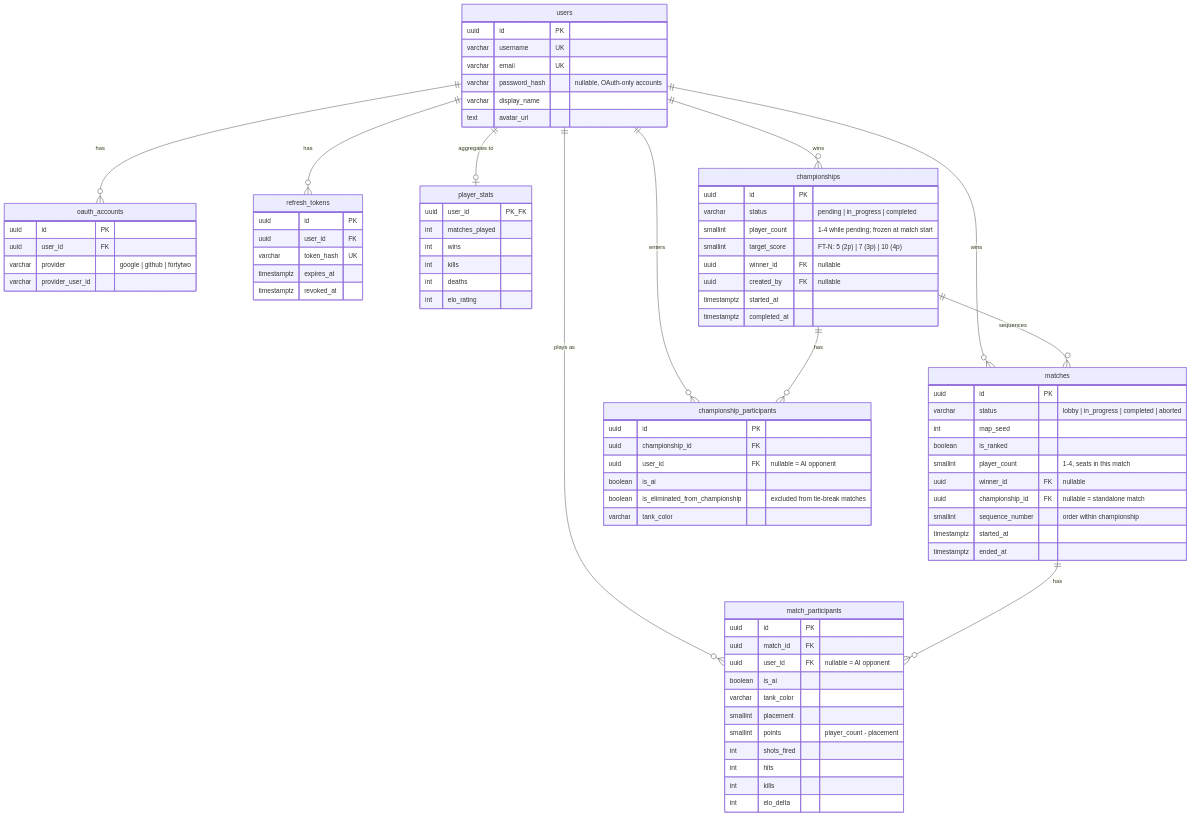
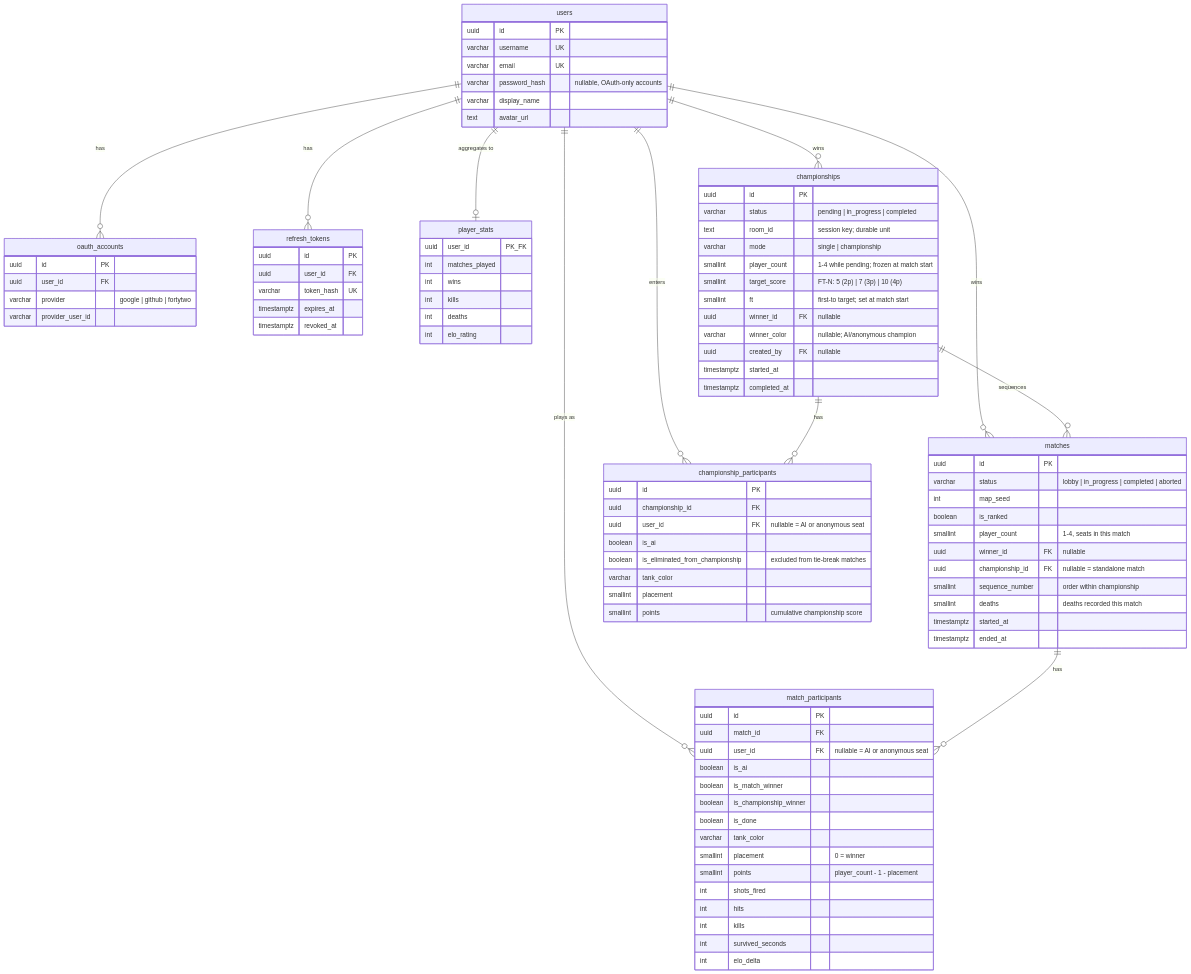
Before and after one commit to hebaja/tank_it: the diagram in docs/database-schema.md, drawn with Mermaid. The commit also changed other lines of this file and 7 other files, not shown here.

```diff
--- a/docs/database-schema.md
+++ b/docs/database-schema.md
@@ -53,9 +53,13 @@
     championships {
         uuid id PK
         varchar status "pending | in_progress | completed"
+        text room_id "session key; durable unit"
+        varchar mode "single | championship"
         smallint player_count "1-4 while pending; frozen at match start"
         smallint target_score "FT-N: 5 (2p) | 7 (3p) | 10 (4p)"
+        smallint ft "first-to target; set at match start"
         uuid winner_id FK "nullable"
+        varchar winner_color "nullable; AI/anonymous champion"
         uuid created_by FK "nullable"
         timestamptz started_at
         timestamptz completed_at
@@ -63,10 +67,12 @@
     championship_participants {
         uuid id PK
         uuid championship_id FK
-        uuid user_id FK "nullable = AI opponent"
+        uuid user_id FK "nullable = AI or anonymous seat"
         boolean is_ai
         boolean is_eliminated_from_championship "excluded from tie-break matches"
         varchar tank_color
+        smallint placement
+        smallint points "cumulative championship score"
     }
     matches {
         uuid id PK
@@ -77,20 +83,25 @@
         uuid winner_id FK "nullable"
         uuid championship_id FK "nullable = standalone match"
         smallint sequence_number "order within championship"
+        smallint deaths "deaths recorded this match"
         timestamptz started_at
         timestamptz ended_at
     }
     match_participants {
         uuid id PK
         uuid match_id FK
-        uuid user_id FK "nullable = AI opponent"
+        uuid user_id FK "nullable = AI or anonymous seat"
         boolean is_ai
+        boolean is_match_winner
+        boolean is_championship_winner
+        boolean is_done
         varchar tank_color
-        smallint placement
-        smallint points "player_count - placement"
+        smallint placement "0 = winner"
+        smallint points "player_count - 1 - placement"
         int shots_fired
         int hits
         int kills
+        int survived_seconds
         int elo_delta
     }
     player_stats {
```
